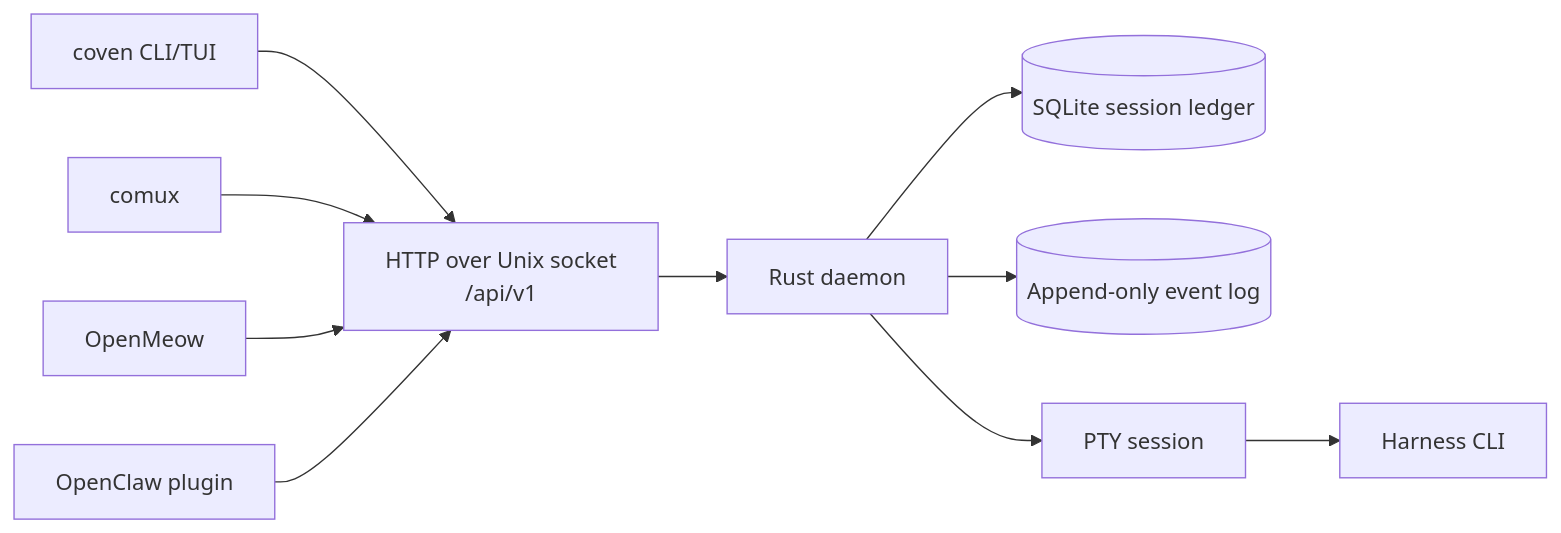
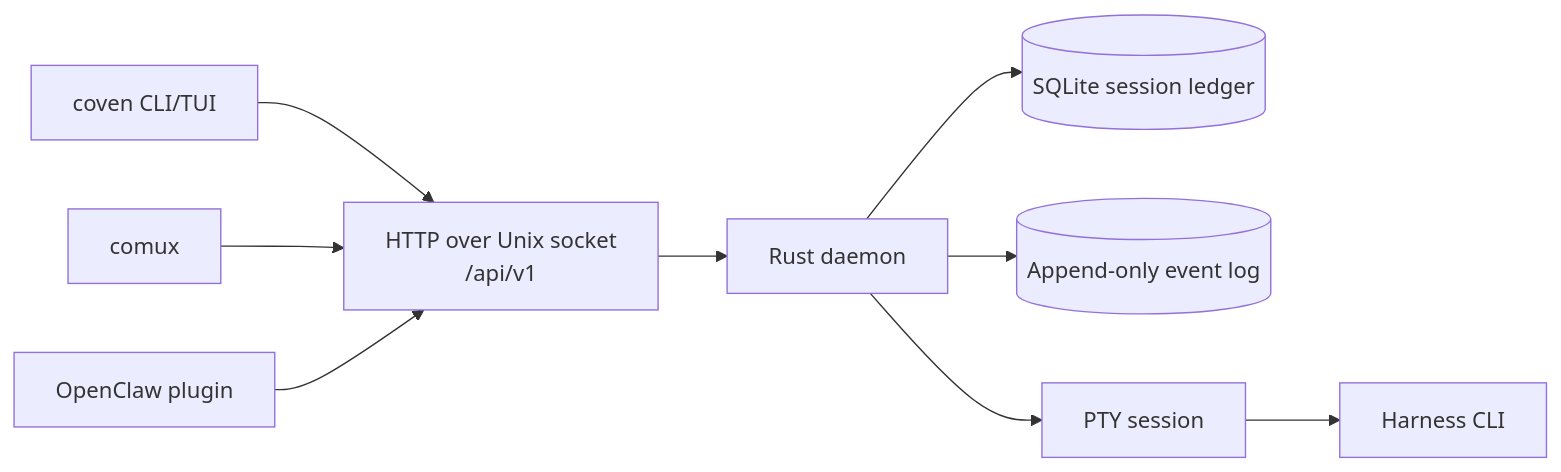
One commit to OpenCoven/coven-docs changed the second of 7 diagrams in content/docs/reference/migration-map.mdx. Above: the diagram before and after it, drawn with Mermaid. The commit also changed other lines of this file and 8 other files, not shown here.

First line of the commit message:
docs: purge OpenMeow references from coven-docs

````diff
--- a/content/docs/reference/migration-map.mdx
+++ b/content/docs/reference/migration-map.mdx
@@ -182,22 +182,20 @@
 ```mermaid
 flowchart LR
   CLI["coven CLI/TUI"]
   Comux["comux"]
-  OpenMeow["OpenMeow"]
   Plugin["OpenClaw plugin"]
   Socket["HTTP over Unix socket\n/api/v1"]
   Daemon["Rust daemon"]
   Store[("SQLite session ledger")]
   Log[("Append-only event log")]
   Pty["PTY session"]
   Harness["Harness CLI"]
 
   CLI --> Socket
   Comux --> Socket
-  OpenMeow --> Socket
   Plugin --> Socket
   Socket --> Daemon
   Daemon --> Store
   Daemon --> Log
   Daemon --> Pty --> Harness
 ```
````
